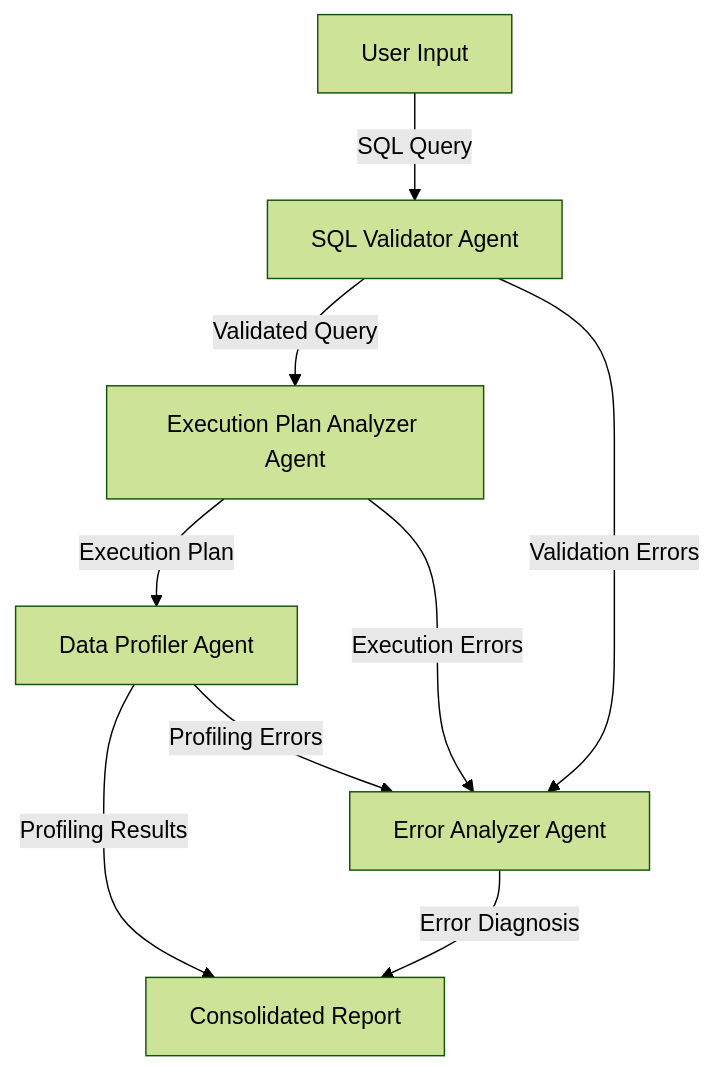
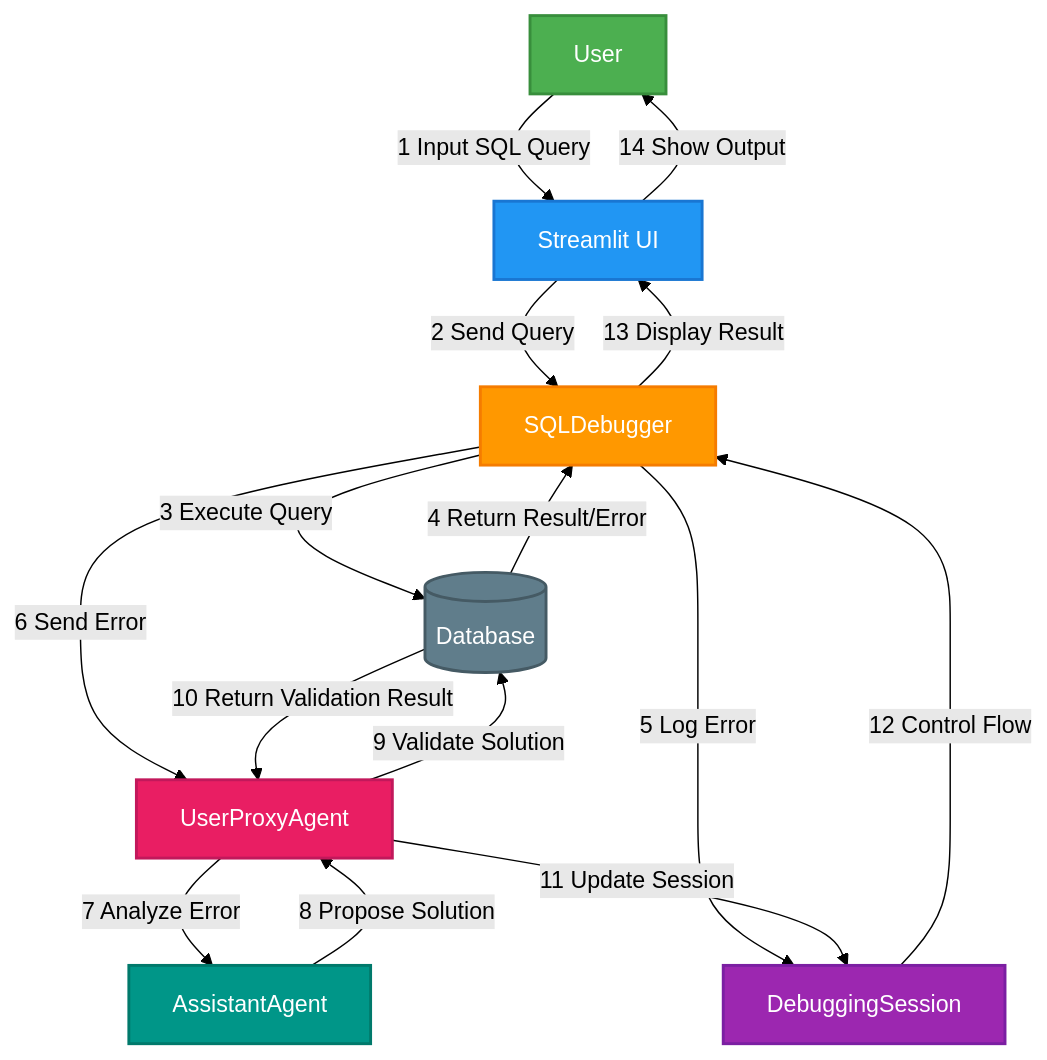
The diagram in agentic/autogen/sql_analyzer/README.md (rahulnsecc/AI_4_all), drawn with Mermaid (forest theme) before and after one commit. The commit also changed 7 other files, not shown here.

````diff
--- a/agentic/autogen/sql_analyzer/README.md
+++ b/agentic/autogen/sql_analyzer/README.md
@@ -15,11 +15,26 @@
 ```mermaid
+
 graph TD;
-    A[User Input] -->|SQL Query| B[SQL Validator Agent];
-    B -->|Validated Query| C[Execution Plan Analyzer Agent];
-    C -->|Execution Plan| D[Data Profiler Agent];
-    D -->|Profiling Results| E[Consolidated Report];
-    F[Error Analyzer Agent] -->|Error Diagnosis| E;
-    B -->|Validation Errors| F;
-    C -->|Execution Errors| F;
-    D -->|Profiling Errors| F;
+    style A fill:#4CAF50,color:#ffffff,stroke:#388E3C,stroke-width:2px;
+    style B fill:#2196F3,color:#ffffff,stroke:#1976D2,stroke-width:2px;
+    style C fill:#FF9800,color:#ffffff,stroke:#F57C00,stroke-width:2px;
+    style D fill:#607D8B,color:#ffffff,stroke:#455A64,stroke-width:2px;
+    style E fill:#9C27B0,color:#ffffff,stroke:#7B1FA2,stroke-width:2px;
+    style F fill:#E91E63,color:#ffffff,stroke:#C2185B,stroke-width:2px;
+    style G fill:#009688,color:#ffffff,stroke:#00796B,stroke-width:2px;
+
+    A[User] -->|1 Input SQL Query| B[Streamlit UI];
+    B -->|2 Send Query| C[SQLDebugger];
+    C -->|3 Execute Query| D[(Database)];
+    D -->|4 Return Result/Error| C;
+    C -->|5 Log Error| E[DebuggingSession];
+    C -->|6 Send Error| F[UserProxyAgent];
+    F -->|7 Analyze Error| G[AssistantAgent];
+    G -->|8 Propose Solution| F;
+    F -->|9 Validate Solution| D;
+    D -->|10 Return Validation Result| F;
+    F -->|11 Update Session| E;
+    E -->|12 Control Flow| C;
+    C -->|13 Display Result| B;
+    B -->|14 Show Output| A;
 ```
````
